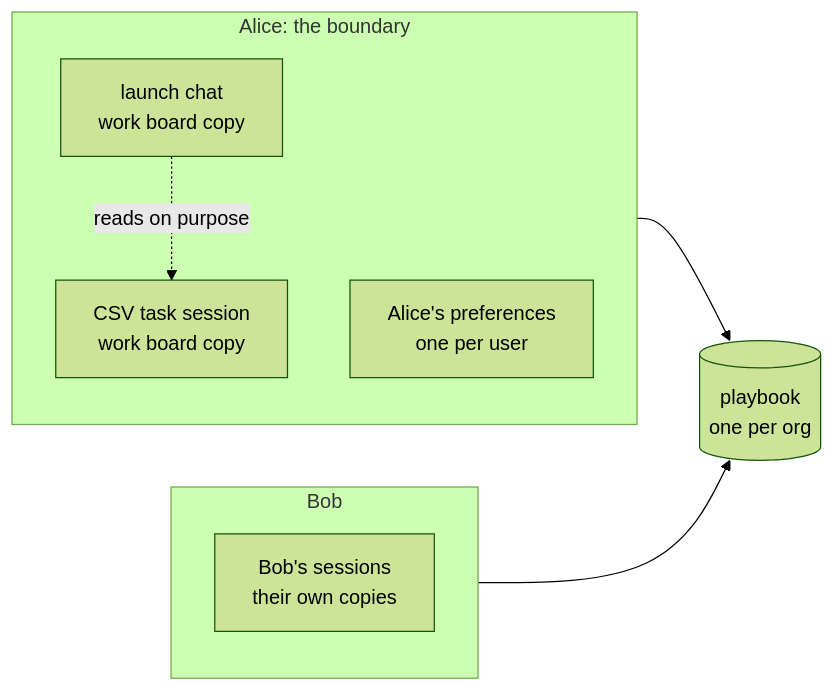
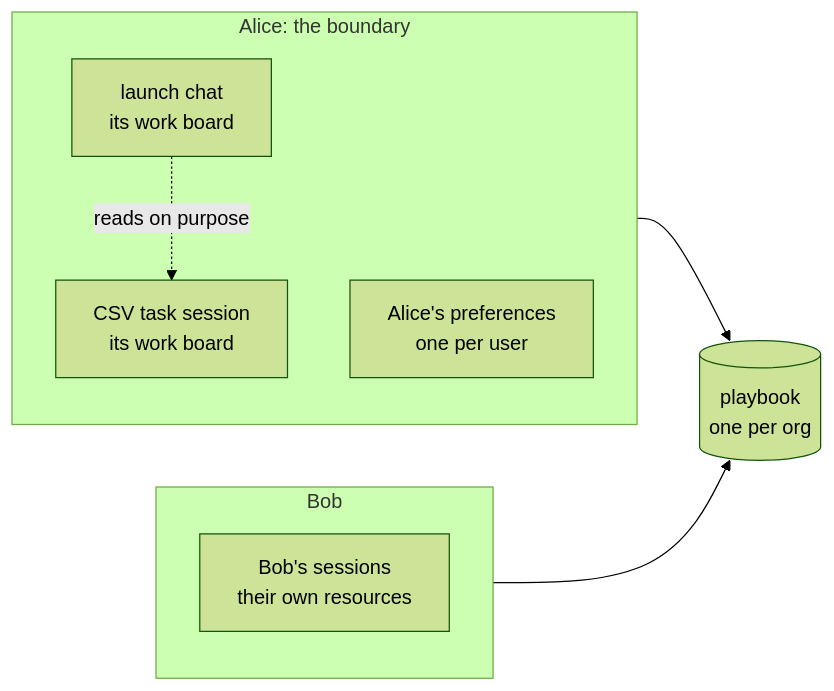
One commit to fixpoint-labs/flow-state-dev changed the first of 2 diagrams in docs/internal/design/scopes-and-sessions.md. Above: the diagram before and after it, drawn with Mermaid (forest theme). The commit also changed other lines of this file and 24 other files, not shown here.

First line of the commit message:
chore(FIX-2942): say "a session's resources", not "copy"

````diff
--- a/docs/internal/design/scopes-and-sessions.md
+++ b/docs/internal/design/scopes-and-sessions.md
@@ -72,16 +72,16 @@
 ```mermaid
 flowchart LR
   subgraph Alice["Alice: the boundary"]
     direction TB
-    L["launch chat<br/>work board copy"]
-    T["CSV task session<br/>work board copy"]
+    L["launch chat<br/>its work board"]
+    T["CSV task session<br/>its work board"]
     P["Alice's preferences<br/>one per user"]
     L -. "reads on purpose" .-> T
   end
   subgraph Bob["Bob"]
-    BS["Bob's sessions<br/>their own copies"]
+    BS["Bob's sessions<br/>their own resources"]
   end
   O[("playbook<br/>one per org")]
   Alice --> O
   Bob --> O
 ```
````
